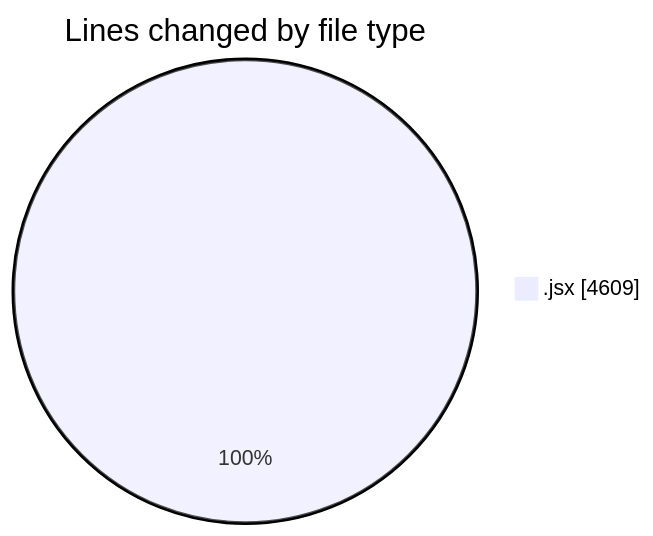
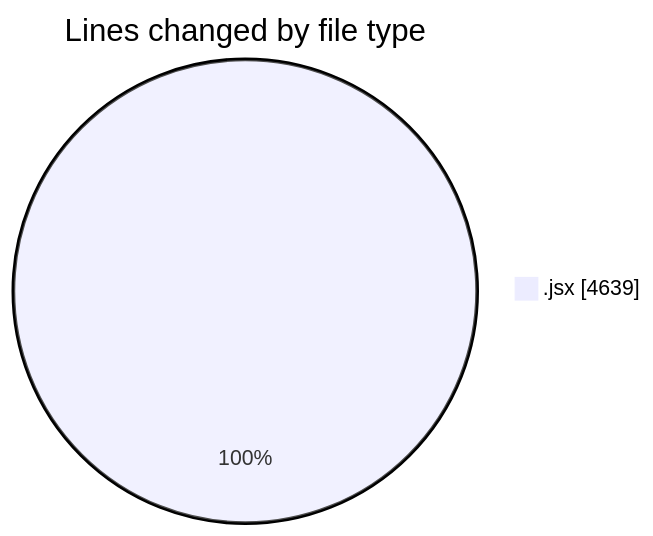
Before and after one commit to nxtqubesakshisongat/code-tracking: the first of 2 diagrams in 2025-05-27/nxtqube_webapp/README.md, drawn with Mermaid. The commit also changed other lines of this file and 1 other file, not shown here.

````diff
--- a/2025-05-27/nxtqube_webapp/README.md
+++ b/2025-05-27/nxtqube_webapp/README.md
@@ -23,5 +23,5 @@
 ```mermaid
 pie showData
 title Lines changed by file type
-".jsx" : 4609
+".jsx" : 4639
 ```
````
